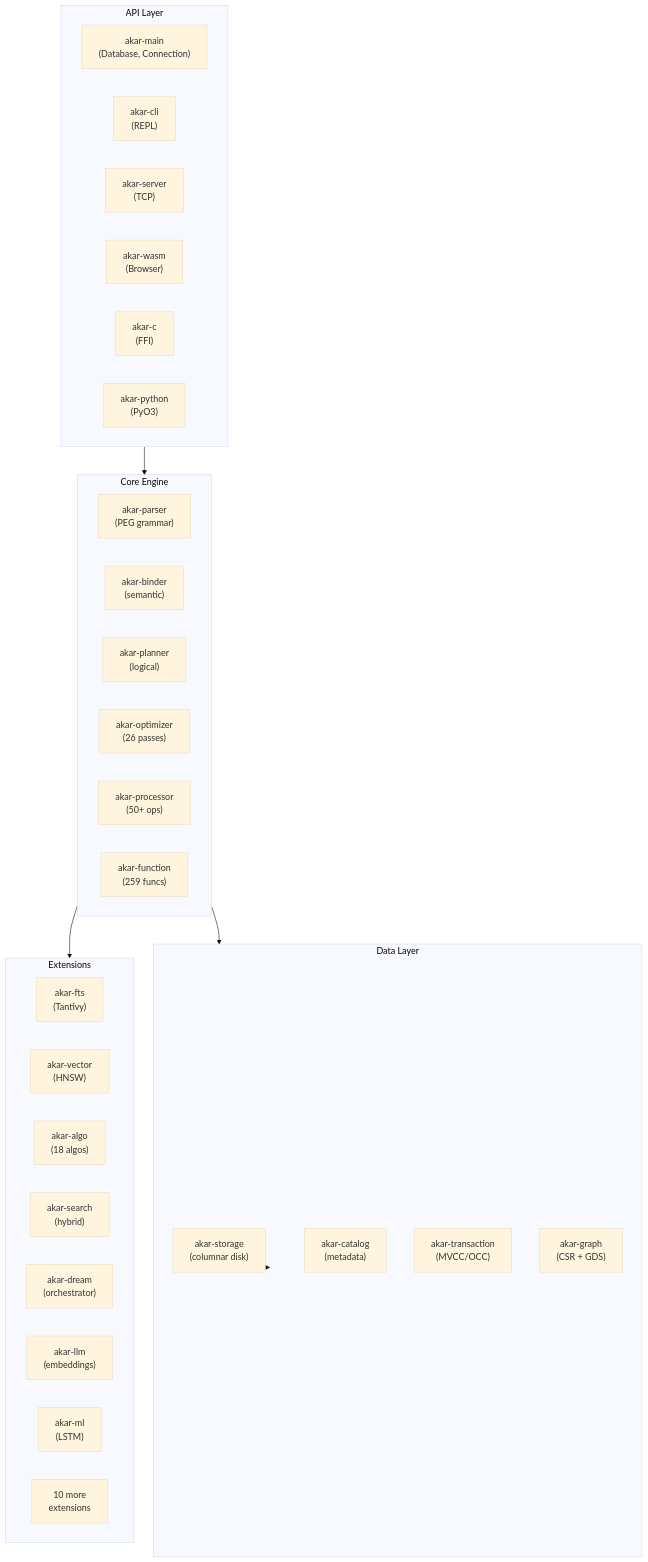
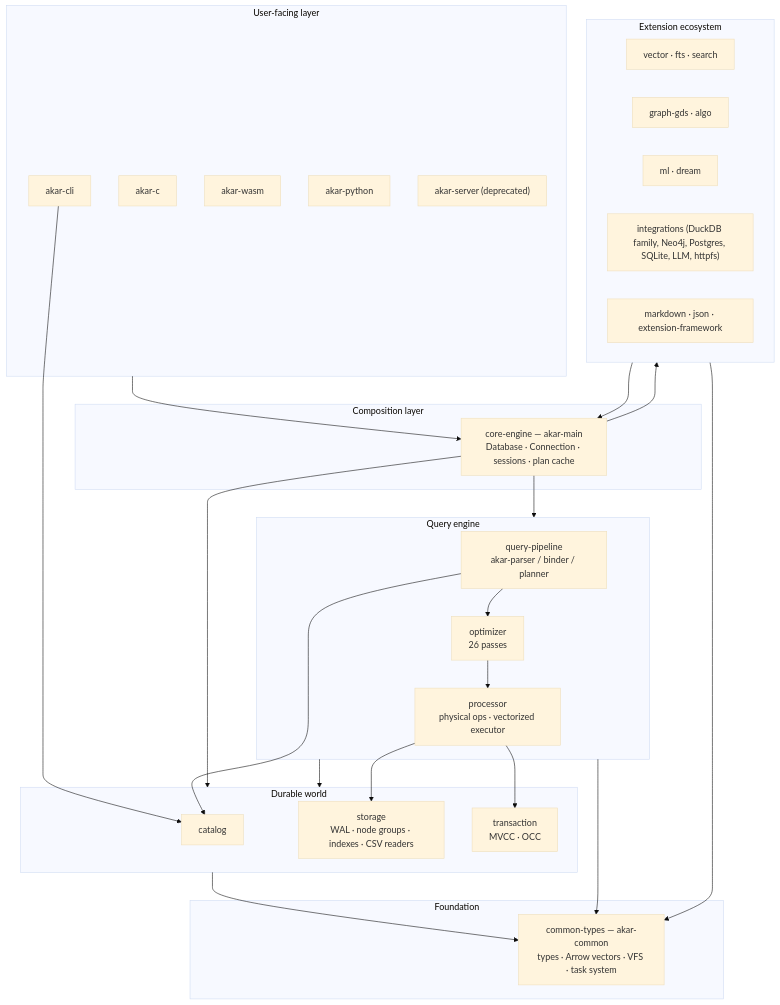
One commit to mlengse/akar changed the diagram in .terrain/human/2.Architecture.md. Above: the diagram before and after it, drawn with Mermaid (base theme). The commit also changed other lines of this file and 51 other files, not shown here.

````diff
--- a/.terrain/human/2.Architecture.md
+++ b/.terrain/human/2.Architecture.md
@@ -93,43 +11,48 @@
 ```mermaid
-graph TB
-    subgraph API["API Layer"]
-        Main["akar-main<br/>(Database, Connection)"]
-        CLI2["akar-cli<br/>(REPL)"]
-        Server["akar-server<br/>(TCP)"]
-        WASM2["akar-wasm<br/>(Browser)"]
-        C2["akar-c<br/>(FFI)"]
-        Py["akar-python<br/>(PyO3)"]
+flowchart TB
+    subgraph TOP["User-facing layer"]
+        CLI["akar-cli"] 
+        CFFI["akar-c"]
+        WASM["akar-wasm"]
+        PYBIND["akar-python"]
+        SRV["akar-server (deprecated)"]
+    end
+    subgraph CORE["Composition layer"]
+        MAIN["core-engine — akar-main<br/>Database · Connection · sessions · plan cache"]
+    end
+    subgraph ENG["Query engine"]
+        PIPE["query-pipeline<br/>akar-parser / binder / planner"]
+        OPT["optimizer<br/>26 passes"]
+        PROC["processor<br/>physical ops · vectorized executor"]
+    end
+    subgraph DATA["Durable world"]
+        CAT["catalog"]
+        STORE["storage<br/>WAL · node groups · indexes · CSV readers"]
+        TXN["transaction<br/>MVCC · OCC"]
+    end
+    subgraph EXT["Extension ecosystem"]
+        VEC["vector · fts · search"]
+        ALGO["graph-gds · algo"]
+        ML["ml · dream"]
+        INTEG["integrations (DuckDB family, Neo4j, Postgres, SQLite, LLM, httpfs)"]
+        AUX["markdown · json · extension-framework"]
+    end
+    subgraph BASE["Foundation"]
+        COMMON["common-types — akar-common<br/>types · Arrow vectors · VFS · task system"]
     end
 
-    subgraph Core["Core Engine"]
-        Parser2["akar-parser<br/>(PEG grammar)"]
-        Binder2["akar-binder<br/>(semantic)"]
-        Planner2["akar-planner<br/>(logical)"]
-        Optimizer2["akar-optimizer<br/>(26 passes)"]
-        Processor2["akar-processor<br/>(50+ ops)"]
-        Function["akar-function<br/>(259 funcs)"]
-    end
-
-    subgraph Data["Data Layer"]
-        Storage2["akar-storage<br/>(columnar disk)"]
-        Catalog2["akar-catalog<br/>(metadata)"]
-        Tx["akar-transaction<br/>(MVCC/OCC)"]
-        Graph["akar-graph<br/>(CSR + GDS)"]
-    end
-
-    subgraph Ext["Extensions"]
-        FTS2["akar-fts<br/>(Tantivy)"]
-        Vec2["akar-vector<br/>(HNSW)"]
-        Algo2["akar-algo<br/>(18 algos)"]
-        Search2["akar-search<br/>(hybrid)"]
-        Dream["akar-dream<br/>(orchestrator)"]
-        LLM2["akar-llm<br/>(embeddings)"]
-        ML["akar-ml<br/>(LSTM)"]
-        Other["10 more<br/>extensions"]
-    end
-
-    API --> Core
-    Core --> Data
-    Core --> Ext
-    Data --> Storage2
+    TOP --> MAIN
+    CLI --> CAT
+    MAIN --> ENG
+    MAIN --> DATA
+    MAIN --> EXT
+    ENG --> DATA
+    PIPE --> OPT --> PROC
+    PIPE --> CAT
+    PROC --> STORE
+    PROC --> TXN
+    DATA --> COMMON
+    ENG --> COMMON
+    EXT --> COMMON
+    EXT --> MAIN
 ```
````
